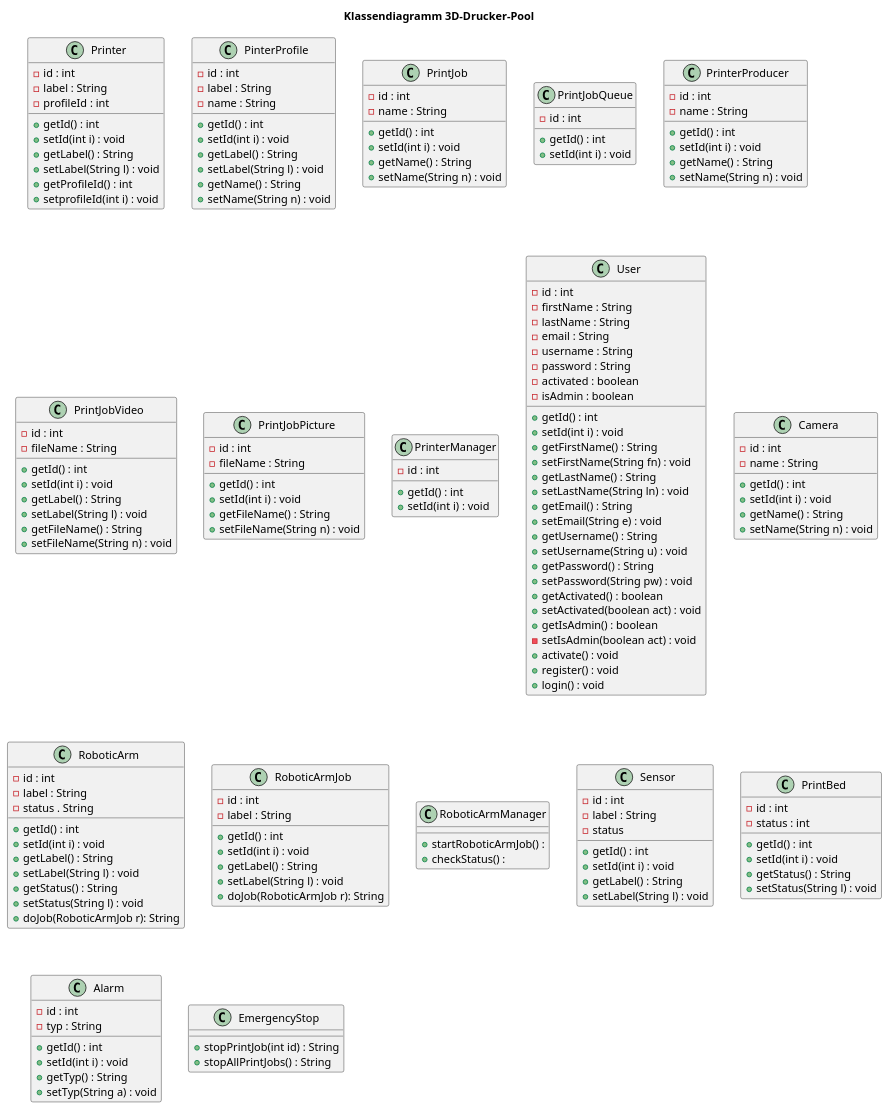
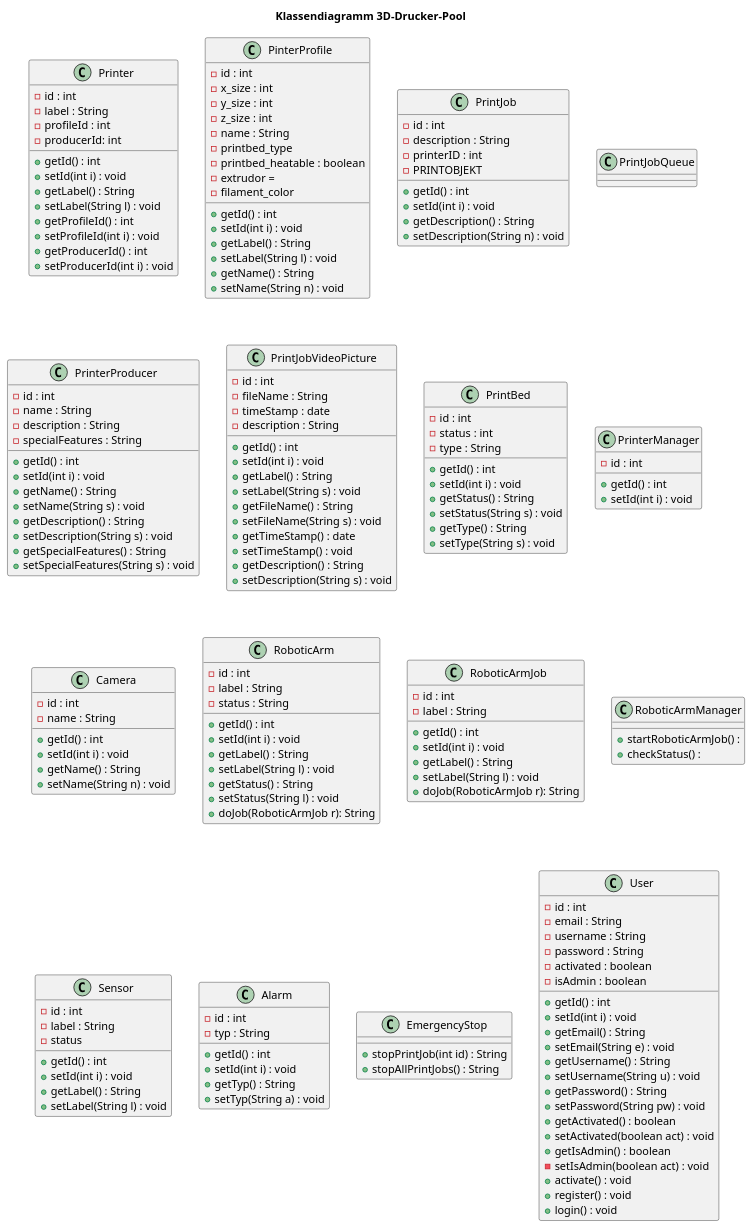
Before and after one commit to MaxMali/VuWmSoftwareentwicklung: the diagram in 001_uml/02_mm_klassendiagramm.puml, drawn with PlantUML.

Commit message:
Update 02_mm_klassendiagramm

```diff
--- a/001_uml/02_mm_klassendiagramm.puml
+++ b/001_uml/02_mm_klassendiagramm.puml
@@ -6,20 +6,29 @@
   - id : int
   - label : String
   - profileId : int
+  - producerId: int
 
   + getId() : int
   + setId(int i) : void
   + getLabel() : String
   + setLabel(String l) : void
   + getProfileId() : int
-  + setprofileId(int i) : void
+  + setProfileId(int i) : void
+  + getProducerId() : int
+  + setProducerId(int i) : void
 
 }
 
 class PinterProfile {
   - id : int
-  - label : String
+  - x_size : int
+  - y_size : int
+  - z_size : int
   - name : String
+  - printbed_type
+  - printbed_heatable : boolean
+  - extrudor =
+  - filament_color
 
   + getId() : int
   + setId(int i) : void
@@ -33,16 +42,71 @@
 
 class PrintJob {
   - id : int
+  - description : String
+  - printerID : int
+  - PRINTOBJEKT
+
+  + getId() : int
+  + setId(int i) : void
+  + getDescription() : String
+  + setDescription(String n) : void
+
+}
+
+class PrintJobQueue {
+
+}
+
+class PrinterProducer {
+  - id : int
   - name : String
+  - description : String
+  - specialFeatures : String
 
   + getId() : int
   + setId(int i) : void
   + getName() : String
-  + setName(String n) : void
+  + setName(String s) : void
+  + getDescription() : String
+  + setDescription(String s) : void
+  + getSpecialFeatures() : String
+  + setSpecialFeatures(String s) : void
 
 }
 
-class PrintJobQueue {
+class PrintJobVideoPicture {
+  - id : int
+  - fileName : String
+  - timeStamp : date
+  - description : String
+
+  + getId() : int
+  + setId(int i) : void
+  + getLabel() : String
+  + setLabel(String s) : void
+  + getFileName() : String
+  + setFileName(String s) : void
+  + getTimeStamp() : date
+  + setTimeStamp() : void
+  + getDescription() : String
+  + setDescription(String s) : void
+
+}
+class PrintBed {
+  - id : int
+  - status : int
+  - type : String
+
+  + getId() : int
+  + setId(int i) : void
+  + getStatus() : String
+  + setStatus(String s) : void
+  + getType() : String
+  + setType(String s) : void
+
+}
+
+class PrinterManager {
   - id : int
 
   + getId() : int
@@ -50,81 +114,8 @@
 
 }
 
-class PrinterProducer {
-  - id : int
-  - name : String
-
-  + getId() : int
-  + setId(int i) : void
-  + getName() : String
-  + setName(String n) : void
-
-}
-
-class PrintJobVideo {
-  - id : int
-  - fileName : String
-
-  + getId() : int
-  + setId(int i) : void
-  + getLabel() : String
-  + setLabel(String l) : void
-  + getFileName() : String
-  + setFileName(String n) : void
-
-}
-
-class PrintJobPicture {
-  - id : int
-  - fileName : String
-
-  + getId() : int
-  + setId(int i) : void
-  + getFileName() : String
-  + setFileName(String n) : void
-
-}
-
-class PrinterManager {
-  - id : int
 
 
-  + getId() : int
-  + setId(int i) : void
-
-}
-
-
-class User {
-  - id : int
-  - firstName : String
-  - lastName : String
-  - email : String
-  - username : String
-  - password : String
-  - activated : boolean
-  - isAdmin : boolean
-
-  + getId() : int
-  + setId(int i) : void
-  + getFirstName() : String
-  + setFirstName(String fn) : void
-  + getLastName() : String
-  + setLastName(String ln) : void
-  + getEmail() : String
-  + setEmail(String e) : void
-  + getUsername() : String
-  + setUsername(String u) : void
-  + getPassword() : String
-  + setPassword(String pw) : void
-  + getActivated() : boolean
-  + setActivated(boolean act) : void
-  + getIsAdmin() : boolean
-  - setIsAdmin(boolean act) : void
-  + activate() : void
-  + register() : void
-  + login() : void
-}
 
 
 class Camera {
@@ -141,7 +132,7 @@
 class RoboticArm {
   - id : int
   - label : String
-  - status . String
+  - status : String
 
   + getId() : int
   + setId(int i) : void
@@ -184,16 +175,6 @@
 
 }
 
-class PrintBed {
-  - id : int
-  - status : int
-
-  + getId() : int
-  + setId(int i) : void
-  + getStatus() : String
-  + setStatus(String l) : void
-
-}
 
 class Alarm {
   - id : int
@@ -214,7 +195,30 @@
 
 }
 
+class User {
+  - id : int
+  - email : String
+  - username : String
+  - password : String
+  - activated : boolean
+  - isAdmin : boolean
 
+  + getId() : int
+  + setId(int i) : void
+  + getEmail() : String
+  + setEmail(String e) : void
+  + getUsername() : String
+  + setUsername(String u) : void
+  + getPassword() : String
+  + setPassword(String pw) : void
+  + getActivated() : boolean
+  + setActivated(boolean act) : void
+  + getIsAdmin() : boolean
+  - setIsAdmin(boolean act) : void
+  + activate() : void
+  + register() : void
+  + login() : void
+}
 
 
 @enduml
```
